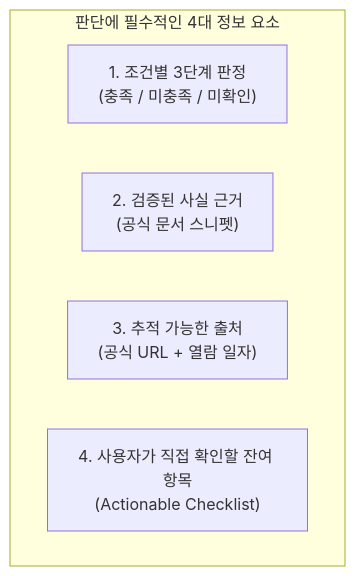
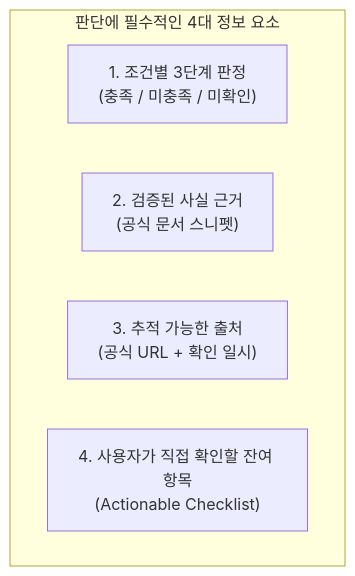
The first of 2 diagrams in docs/members/R04/workspace/2026-11-12_사용자_문제_및_기존_대안_한계_분석.md (ik-e/chaja-you), drawn with Mermaid before and after one commit. The commit also changed other lines of this file and 8 other files, not shown here.

````diff
--- a/docs/members/R04/workspace/2026-11-12_사용자_문제_및_기존_대안_한계_분석.md
+++ b/docs/members/R04/workspace/2026-11-12_사용자_문제_및_기존_대안_한계_분석.md
@@ -60,9 +80,9 @@
 ```mermaid
 flowchart TD
     subgraph CoreInfo ["판단에 필수적인 4대 정보 요소"]
         I1["1. 조건별 3단계 판정<br/>(충족 / 미충족 / 미확인)"]
         I2["2. 검증된 사실 근거<br/>(공식 문서 스니펫)"]
-        I3["3. 추적 가능한 출처<br/>(공식 URL + 열람 일자)"]
+        I3["3. 추적 가능한 출처<br/>(공식 URL + 확인 일시)"]
         I4["4. 사용자가 직접 확인할 잔여 항목<br/>(Actionable Checklist)"]
     end
 ```
````
